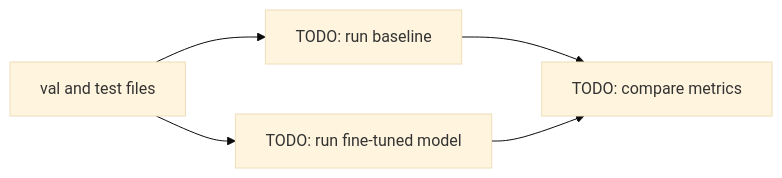
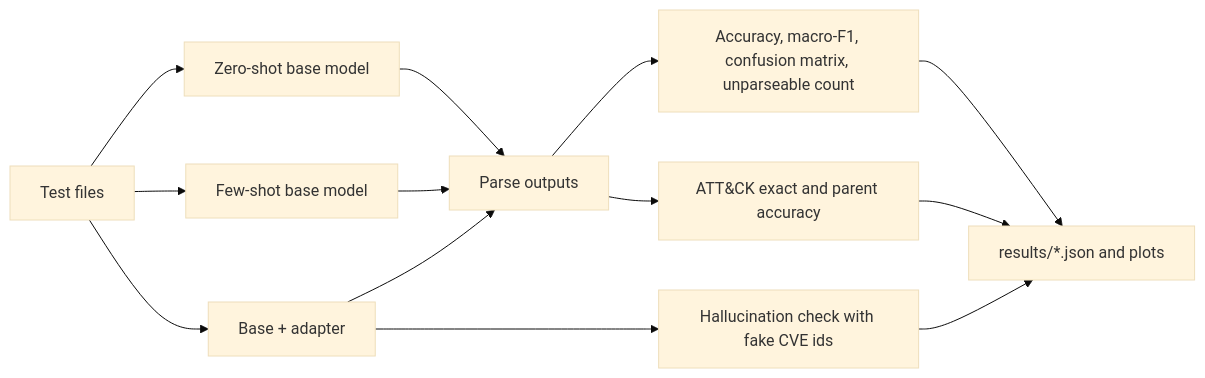
The diagram in docs/stage-07-evaluation/README.md (preetik92002-tech/llm-finetune-cyber), drawn with Mermaid (base theme) before and after one commit. The commit also changed other lines of this file and 33 other files, not shown here.

Commit message:
docs: add root README, journal and errors-and-fixes log add metrics ledger and stage READMEs feat(docs): generate charts from stats files

````diff
--- a/docs/stage-07-evaluation/README.md
+++ b/docs/stage-07-evaluation/README.md
@@ -19,7 +23,15 @@
 ```mermaid
 flowchart LR
-    A["val and test files"] --> B["TODO: run baseline"]
-    A --> C["TODO: run fine-tuned model"]
-    B --> D["TODO: compare metrics"]
-    C --> D
+    A["Test files"] --> B["Zero-shot base model"]
+    A --> C["Few-shot base model"]
+    A --> D["Base + adapter"]
+    B --> E["Parse outputs"]
+    C --> E
+    D --> E
+    E --> F["Accuracy, macro-F1, confusion matrix, unparseable count"]
+    E --> G["ATT&CK exact and parent accuracy"]
+    D --> H["Hallucination check with fake CVE ids"]
+    F --> I["results/*.json and plots"]
+    G --> I
+    H --> I
 ```
````
